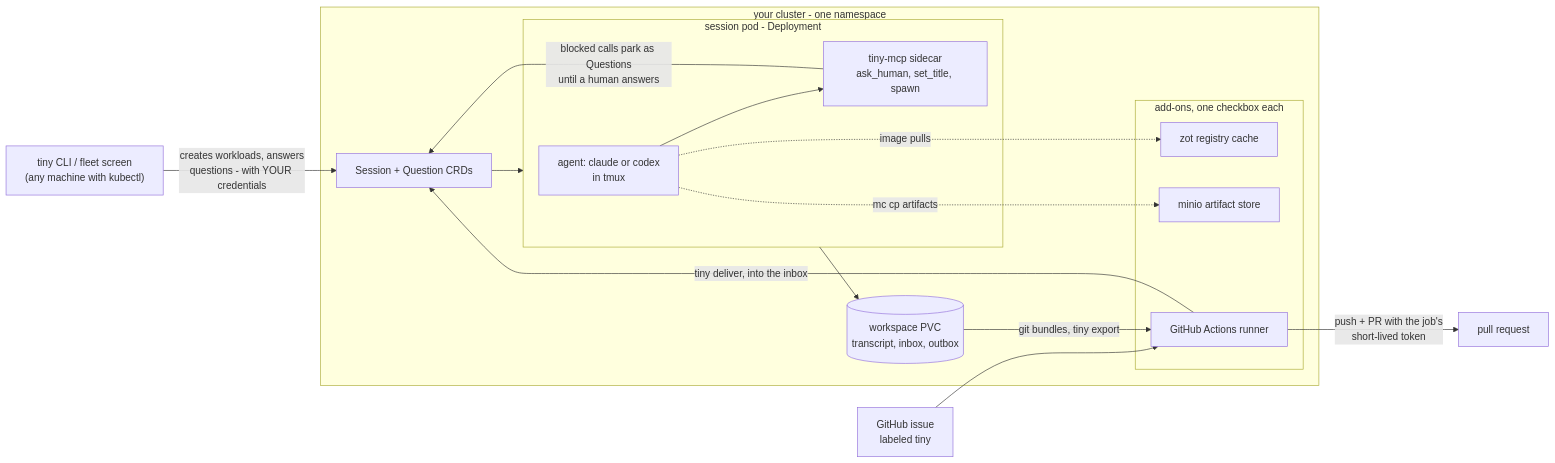
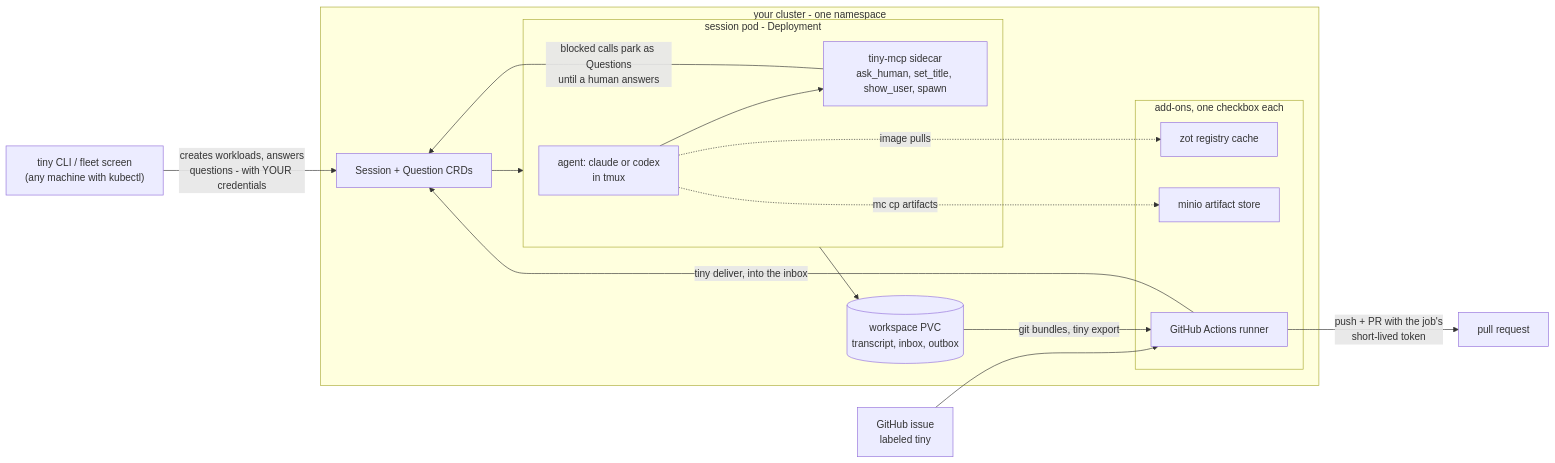
The diagram in README.md (tiny-systems/tiny), drawn with Mermaid before and after one commit. The commit also changed other lines of this file and 7 other files, not shown here.

First line of the commit message:
feat(tools): show_user puts a file in front of the operator

````diff
--- a/README.md
+++ b/README.md
@@ -210,30 +210,30 @@
 ```mermaid
 flowchart LR
   cli["tiny CLI / fleet screen<br/>(any machine with kubectl)"]
   subgraph ns["your cluster - one namespace"]
     crd["Session + Question CRDs"]
     subgraph pod["session pod - Deployment"]
       agent["agent: claude or codex<br/>in tmux"]
-      mcp["tiny-mcp sidecar<br/>ask_human, set_title, spawn"]
+      mcp["tiny-mcp sidecar<br/>ask_human, set_title, show_user, spawn"]
     end
     ws[("workspace PVC<br/>transcript, inbox, outbox")]
     subgraph addons["add-ons, one checkbox each"]
       zot["zot registry cache"]
       minio["minio artifact store"]
       runner["GitHub Actions runner"]
     end
   end
   issue["GitHub issue<br/>labeled tiny"]
   pr["pull request"]
   cli -->|"creates workloads, answers<br/>questions - with YOUR credentials"| crd
   crd --> pod
   agent --> mcp
   pod --> ws
   mcp -->|"blocked calls park as Questions<br/>until a human answers"| crd
   issue --> runner
   runner -->|"tiny deliver, into the inbox"| crd
   ws -->|"git bundles, tiny export"| runner
   runner -->|"push + PR with the job's<br/>short-lived token"| pr
   agent -.->|"image pulls"| zot
   agent -.->|"mc cp artifacts"| minio
 ```
````
